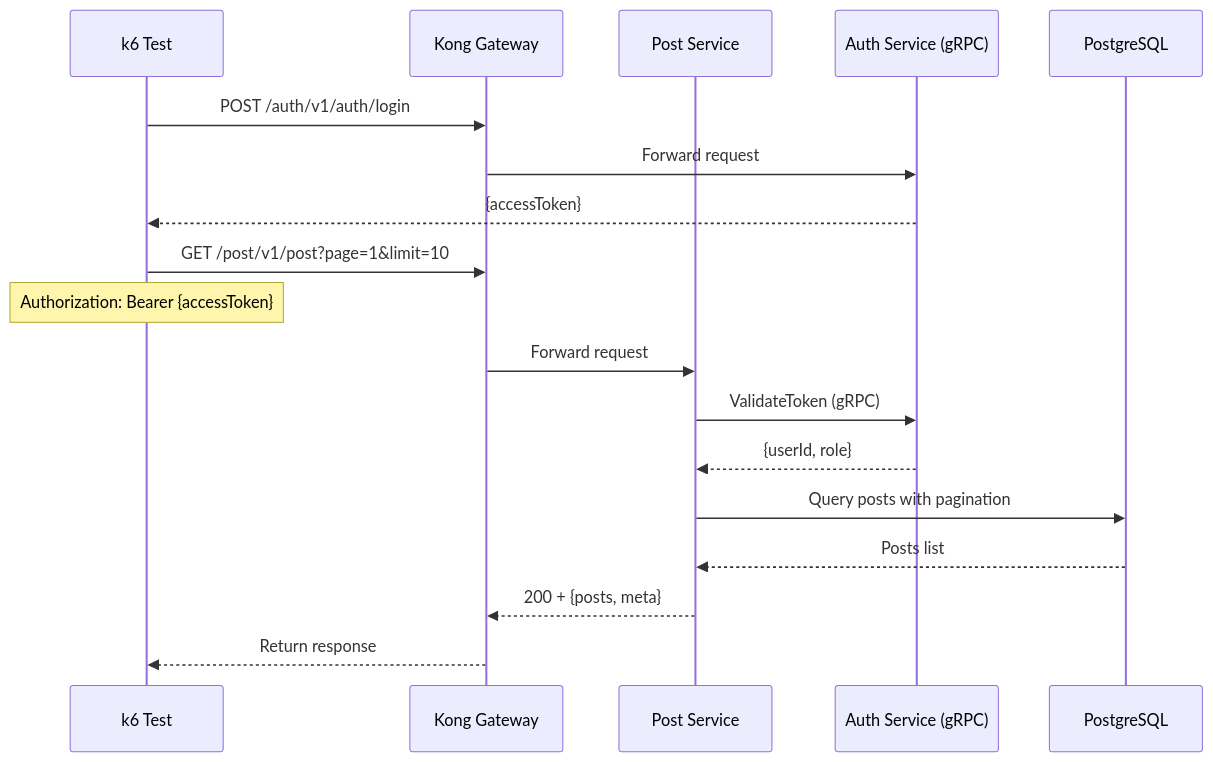
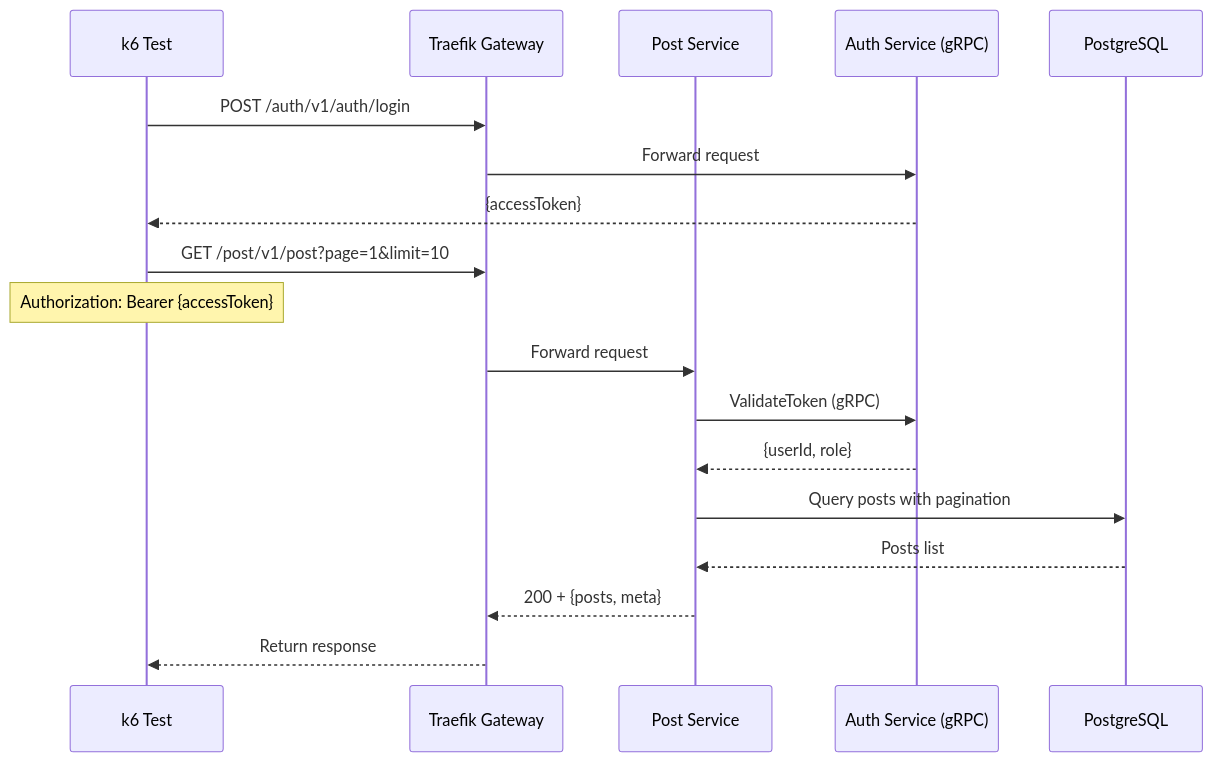
The diagram in k6-tests/src/services/post/test-list.md (tinhthanh/nestjs-microservices), drawn with Mermaid before and after one commit. The commit also changed 47 other files, not shown here.

````diff
--- a/k6-tests/src/services/post/test-list.md
+++ b/k6-tests/src/services/post/test-list.md
@@ -5,22 +5,22 @@
 ```mermaid
 sequenceDiagram
     participant K6 as k6 Test
-    participant Kong as Kong Gateway
+    participant Traefik as Traefik Gateway
     participant Post as Post Service
     participant Auth as Auth Service (gRPC)
     participant DB as PostgreSQL
 
-    K6->>Kong: POST /auth/v1/auth/login
-    Kong->>Auth: Forward request
+    K6->>Traefik: POST /auth/v1/auth/login
+    Traefik->>Auth: Forward request
     Auth-->>K6: {accessToken}
     
-    K6->>Kong: GET /post/v1/post?page=1&limit=10
+    K6->>Traefik: GET /post/v1/post?page=1&limit=10
     Note over K6: Authorization: Bearer {accessToken}
-    Kong->>Post: Forward request
+    Traefik->>Post: Forward request
     Post->>Auth: ValidateToken (gRPC)
     Auth-->>Post: {userId, role}
     Post->>DB: Query posts with pagination
     DB-->>Post: Posts list
-    Post-->>Kong: 200 + {posts, meta}
-    Kong-->>K6: Return response
+    Post-->>Traefik: 200 + {posts, meta}
+    Traefik-->>K6: Return response
 ```
````
